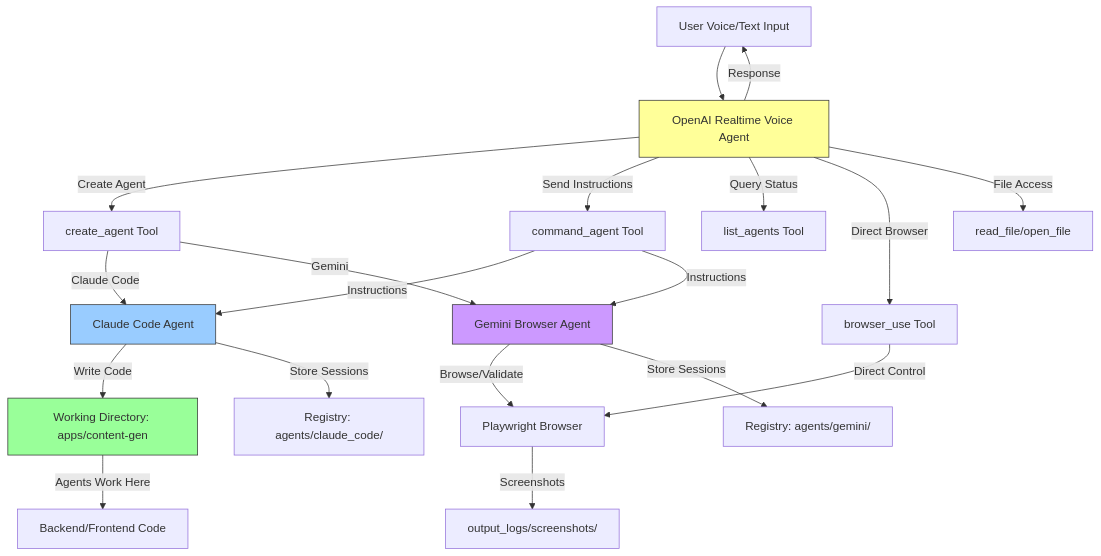
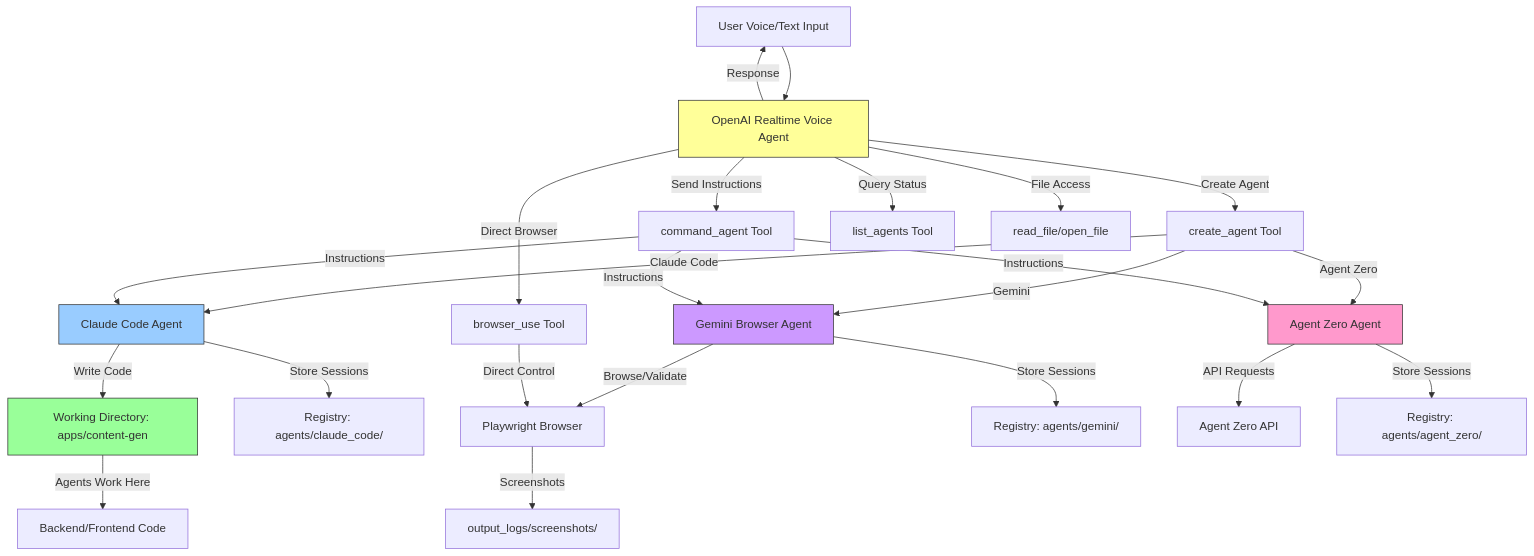
One commit to netixc/big-3-super-agent changed the diagram in README.md. Above: the diagram before and after it, drawn with Mermaid. The commit also changed other lines of this file, not shown here.

First line of the commit message:
Update README to document Agent Zero integration

````diff
--- a/README.md
+++ b/README.md
@@ -93,33 +101,39 @@
 ```mermaid
 graph TD
     User[User Voice/Text Input] --> OAI[OpenAI Realtime Voice Agent]
 
     OAI -->|Create Agent| CREATE[create_agent Tool]
     OAI -->|Send Instructions| CMD[command_agent Tool]
     OAI -->|Query Status| LIST[list_agents Tool]
     OAI -->|Direct Browser| BU[browser_use Tool]
     OAI -->|File Access| RF[read_file/open_file]
 
     CREATE -->|Claude Code| CC[Claude Code Agent]
     CREATE -->|Gemini| GB[Gemini Browser Agent]
+    CREATE -->|Agent Zero| AZ[Agent Zero Agent]
     CMD -->|Instructions| CC
     CMD -->|Instructions| GB
+    CMD -->|Instructions| AZ
 
     CC -->|Write Code| WD[Working Directory: apps/content-gen]
     CC -->|Store Sessions| REG1[Registry: agents/claude_code/]
 
     GB -->|Browse/Validate| BR[Playwright Browser]
     GB -->|Store Sessions| REG2[Registry: agents/gemini/]
     BU -->|Direct Control| BR
+
+    AZ -->|API Requests| AZAPI[Agent Zero API]
+    AZ -->|Store Sessions| REG3[Registry: agents/agent_zero/]
 
     BR -->|Screenshots| SS[output_logs/screenshots/]
 
     WD -->|Agents Work Here| FS[Backend/Frontend Code]
 
     OAI -->|Response| User
 
     style OAI fill:#ff9,stroke:#333
     style CC fill:#9cf,stroke:#333
     style GB fill:#c9f,stroke:#333
+    style AZ fill:#f9c,stroke:#333
     style WD fill:#9f9,stroke:#333
 ```
````
